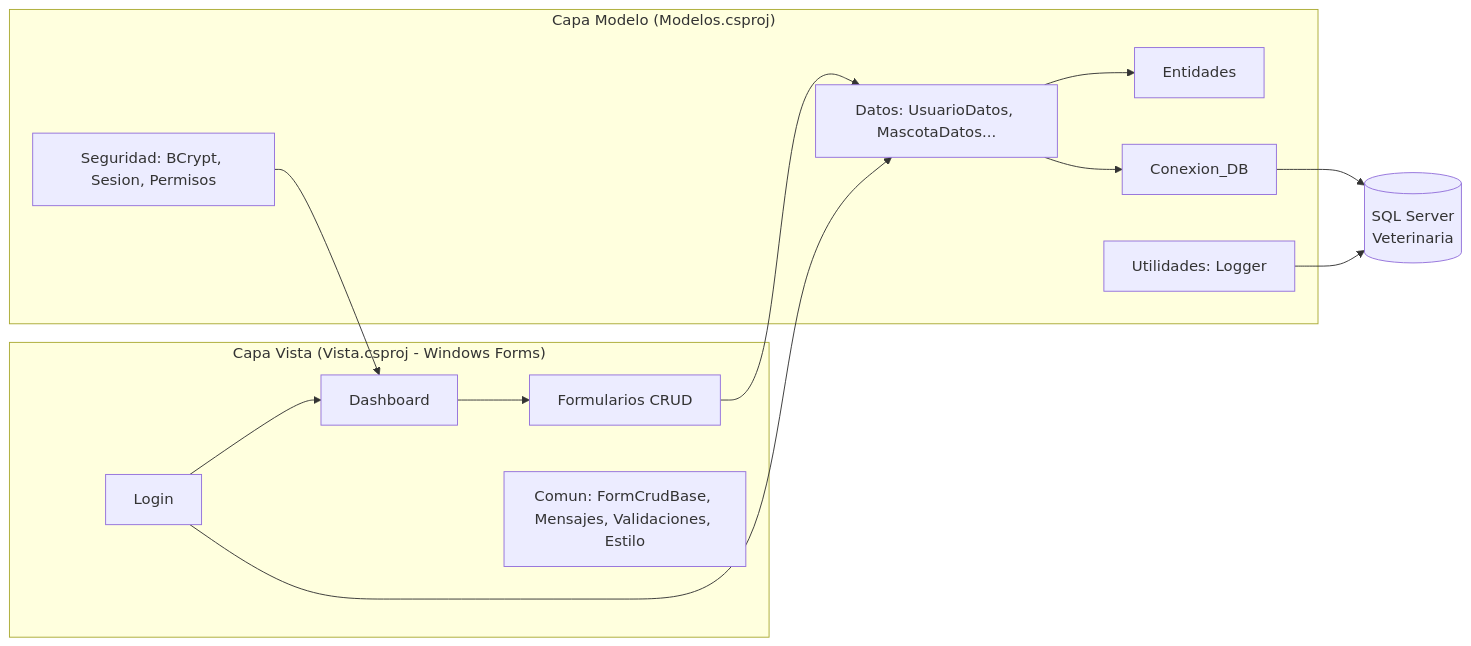
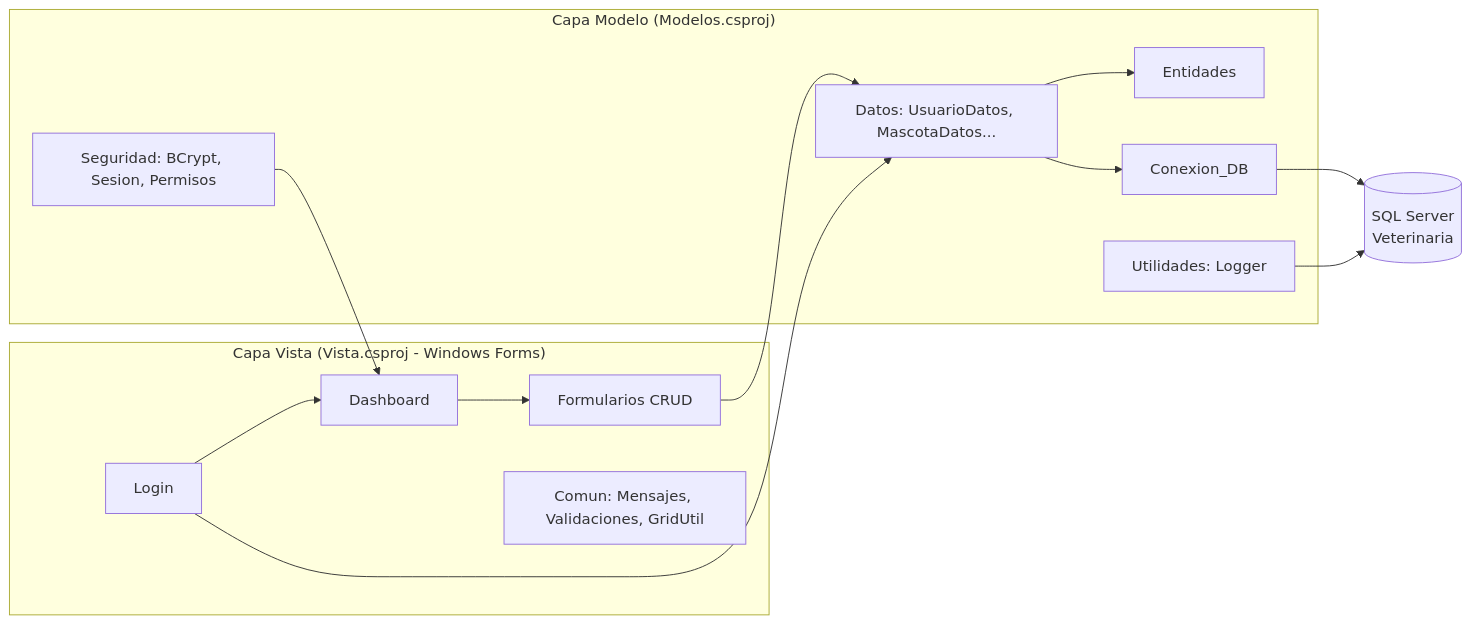
One commit to lefusotf/Juan changed the first of 3 diagrams in Documentacion/Documentacion.md. Above: the diagram before and after it, drawn with Mermaid. The commit also changed other lines of this file and 29 other files, not shown here.

````diff
--- a/Documentacion/Documentacion.md
+++ b/Documentacion/Documentacion.md
@@ -103,22 +103,22 @@
 ```mermaid
 flowchart LR
     subgraph Vista["Capa Vista (Vista.csproj - Windows Forms)"]
         L[Login] --> D[Dashboard]
         D --> F[Formularios CRUD]
-        C[Comun: FormCrudBase, Mensajes, Validaciones, Estilo]
+        C[Comun: Mensajes, Validaciones, GridUtil]
     end
     subgraph Modelo["Capa Modelo (Modelos.csproj)"]
         DA[Datos: UsuarioDatos, MascotaDatos...]
         E[Entidades]
         S[Seguridad: BCrypt, Sesion, Permisos]
         LG[Utilidades: Logger]
         CX[Conexion_DB]
     end
     DB[(SQL Server<br/>Veterinaria)]
     F --> DA
     L --> DA
     DA --> CX --> DB
     DA --> E
     LG --> DB
     S --> D
 ```
````
